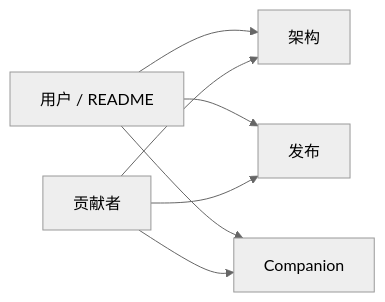
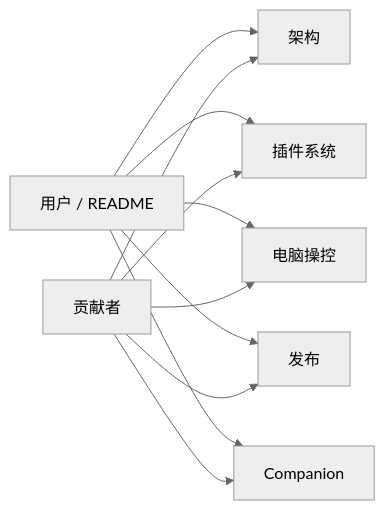
One commit to rururunu/Anya changed the diagram in docs/README.zh-CN.md. Above: the diagram before and after it, drawn with Mermaid (neutral theme). The commit also changed other lines of this file and 363 other files, not shown here.

First line of the commit message:
feat: v0.2.20 插件系统、电脑操控、桌面宠物与自定义主题

````diff
--- a/docs/README.zh-CN.md
+++ b/docs/README.zh-CN.md
@@ -20,9 +22,13 @@
 ```mermaid
 flowchart LR
   User[用户 / README] --> Arch[架构]
+  User --> Plug[插件系统]
+  User --> CU[电脑操控]
   User --> Rel[发布]
   User --> Comp[Companion]
   Dev[贡献者] --> Arch
+  Dev --> Plug
+  Dev --> CU
   Dev --> Rel
   Dev --> Comp
 ```
````
